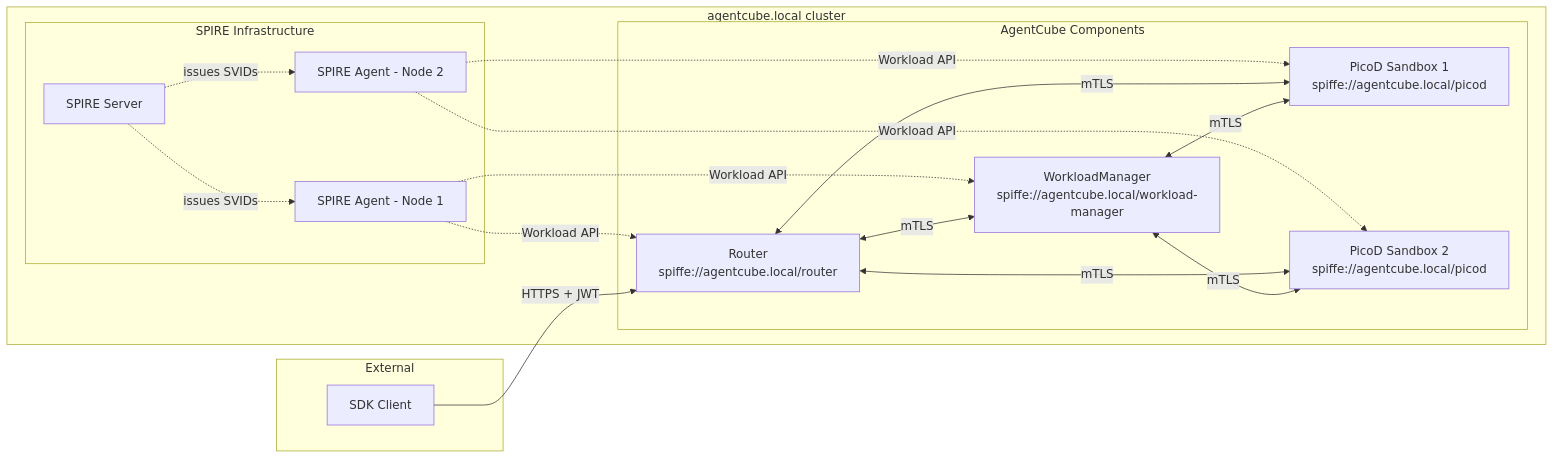
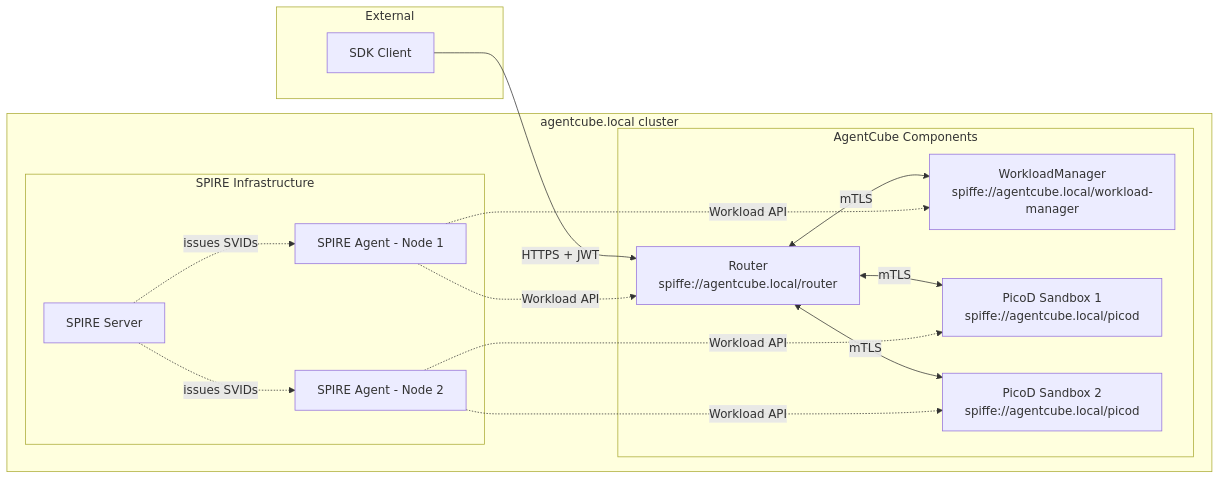
Before and after one commit to volcano-sh/agentcube: the first of 3 diagrams in docs/design/auth-proposal.md, drawn with Mermaid. The commit also changed other lines of this file, not shown here.

````diff
--- a/docs/design/auth-proposal.md
+++ b/docs/design/auth-proposal.md
@@ -334,35 +322,33 @@
 ```mermaid
 graph LR
     subgraph External
         SDK[SDK Client]
     end
 
     subgraph "agentcube.local cluster"
         subgraph "SPIRE Infrastructure"
             SS[SPIRE Server]
             SA1[SPIRE Agent - Node 1]
             SA2[SPIRE Agent - Node 2]
         end
 
         subgraph "AgentCube Components"
             R["Router<br/>spiffe://agentcube.local/router"]
             WM["WorkloadManager<br/>spiffe://agentcube.local/workload-manager"]
             P1["PicoD Sandbox 1<br/>spiffe://agentcube.local/picod"]
             P2["PicoD Sandbox 2<br/>spiffe://agentcube.local/picod"]
         end
     end
 
     SS -.->|issues SVIDs| SA1
     SS -.->|issues SVIDs| SA2
     SA1 -.->|Workload API| R
     SA1 -.->|Workload API| WM
     SA2 -.->|Workload API| P1
     SA2 -.->|Workload API| P2
 
     SDK -->|"HTTPS + JWT"| R
     R <-->|mTLS| WM
     R <-->|mTLS| P1
     R <-->|mTLS| P2
-    WM <-->|mTLS| P1
-    WM <-->|mTLS| P2
 ```
````
